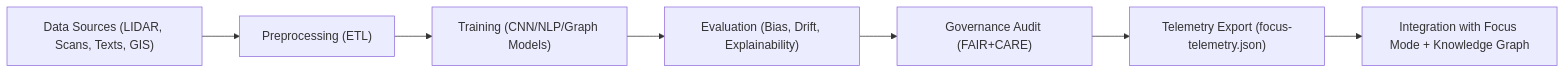
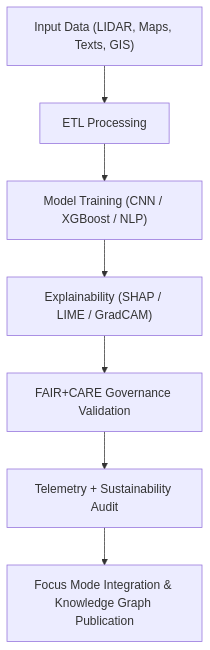
Before and after one commit to bartytime4life/Kansas-Frontier-Matrix: the diagram in src/ai/models/archaeology/README.md, drawn with Mermaid. The commit also changed other lines of this file, not shown here.

First line of the commit message:
Revise README for Archaeology AI Model Suite

````diff
--- a/src/ai/models/archaeology/README.md
+++ b/src/ai/models/archaeology/README.md
@@ -93,9 +82,9 @@
 ```mermaid
-flowchart LR
-  A["Data Sources (LIDAR, Scans, Texts, GIS)"] --> B["Preprocessing (ETL)"]
-  B --> C["Training (CNN/NLP/Graph Models)"]
-  C --> D["Evaluation (Bias, Drift, Explainability)"]
-  D --> E["Governance Audit (FAIR+CARE)"]
-  E --> F["Telemetry Export (focus-telemetry.json)"]
-  F --> G["Integration with Focus Mode + Knowledge Graph"]
+flowchart TD
+  A["Input Data (LIDAR, Maps, Texts, GIS)"] --> B["ETL Processing"]
+  B --> C["Model Training (CNN / XGBoost / NLP)"]
+  C --> D["Explainability (SHAP / LIME / GradCAM)"]
+  D --> E["FAIR+CARE Governance Validation"]
+  E --> F["Telemetry + Sustainability Audit"]
+  F --> G["Focus Mode Integration & Knowledge Graph Publication"]
 ```
````
